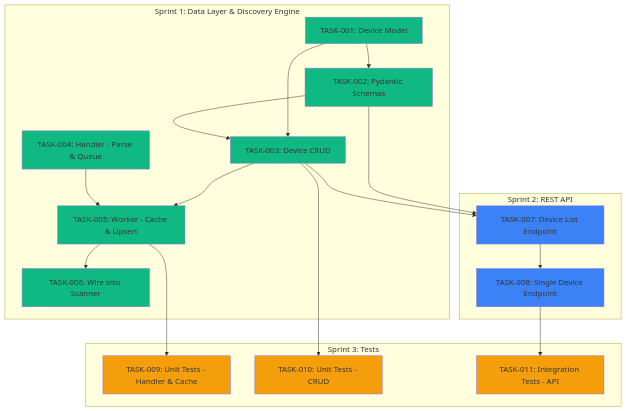
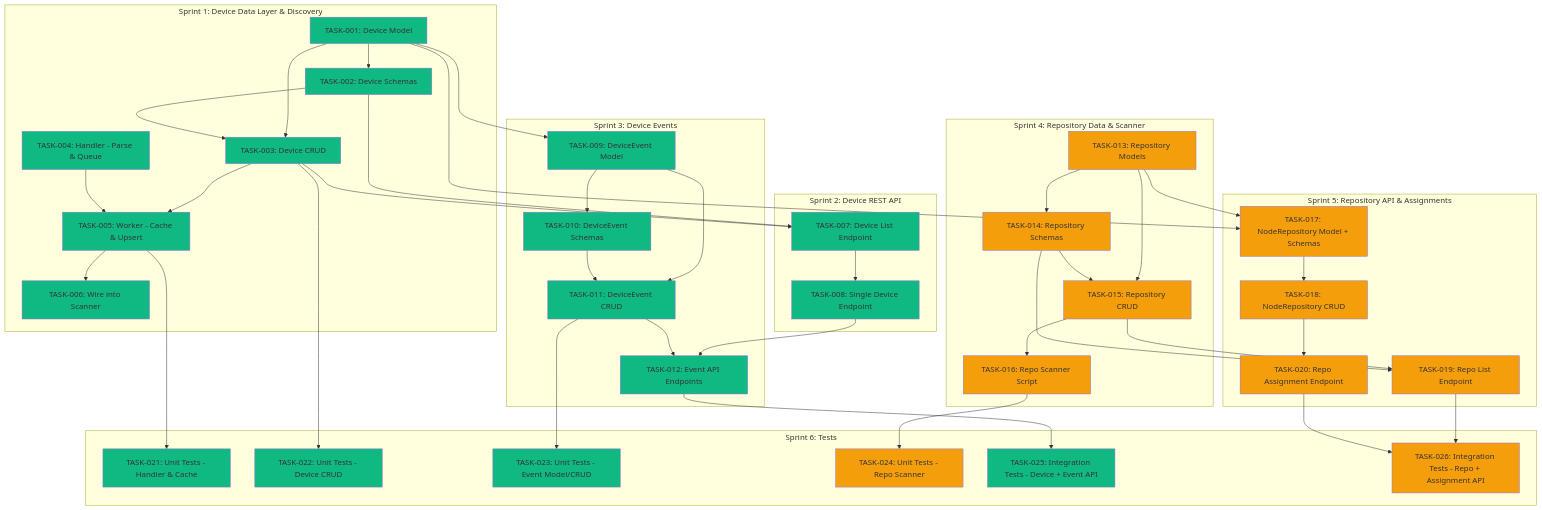
Before and after one commit to bkosciow/node_manager: the diagram in .prodready/plan/dependencies.mmd, drawn with Mermaid. The commit also changed 20 other files, not shown here.

First line of the commit message:
feat: TASK-019, TASK-020 - Repo list and assignment endpoints

```diff
--- a/.prodready/plan/dependencies.mmd
+++ b/.prodready/plan/dependencies.mmd
@@ -1,45 +1,116 @@
 flowchart TD
-    subgraph Sprint1["Sprint 1: Data Layer & Discovery Engine"]
+    subgraph Sprint1["Sprint 1: Device Data Layer & Discovery"]
         T001["TASK-001: Device Model"]
-        T002["TASK-002: Pydantic Schemas"]
+        T002["TASK-002: Device Schemas"]
         T003["TASK-003: Device CRUD"]
         T004["TASK-004: Handler - Parse & Queue"]
         T005["TASK-005: Worker - Cache & Upsert"]
         T006["TASK-006: Wire into Scanner"]
     end
 
-    subgraph Sprint2["Sprint 2: REST API"]
+    subgraph Sprint2["Sprint 2: Device REST API"]
         T007["TASK-007: Device List Endpoint"]
         T008["TASK-008: Single Device Endpoint"]
     end
 
-    subgraph Sprint3["Sprint 3: Tests"]
-        T009["TASK-009: Unit Tests - Handler & Cache"]
-        T010["TASK-010: Unit Tests - CRUD"]
-        T011["TASK-011: Integration Tests - API"]
+    subgraph Sprint3["Sprint 3: Device Events"]
+        T009["TASK-009: DeviceEvent Model"]
+        T010["TASK-010: DeviceEvent Schemas"]
+        T011["TASK-011: DeviceEvent CRUD"]
+        T012["TASK-012: Event API Endpoints"]
     end
 
+    subgraph Sprint4["Sprint 4: Repository Data & Scanner"]
+        T013["TASK-013: Repository Models"]
+        T014["TASK-014: Repository Schemas"]
+        T015["TASK-015: Repository CRUD"]
+        T016["TASK-016: Repo Scanner Script"]
+    end
+
+    subgraph Sprint5["Sprint 5: Repository API & Assignments"]
+        T017["TASK-017: NodeRepository Model + Schemas"]
+        T018["TASK-018: NodeRepository CRUD"]
+        T019["TASK-019: Repo List Endpoint"]
+        T020["TASK-020: Repo Assignment Endpoint"]
+    end
+
+    subgraph Sprint6["Sprint 6: Tests"]
+        T021["TASK-021: Unit Tests - Handler & Cache"]
+        T022["TASK-022: Unit Tests - Device CRUD"]
+        T023["TASK-023: Unit Tests - Event Model/CRUD"]
+        T024["TASK-024: Unit Tests - Repo Scanner"]
+        T025["TASK-025: Integration Tests - Device + Event API"]
+        T026["TASK-026: Integration Tests - Repo + Assignment API"]
+    end
+
+    %% Sprint 1 dependencies
     T001 --> T002
     T001 --> T003
     T002 --> T003
-    T002 --> T007
     T003 --> T005
-    T003 --> T007
-    T003 --> T010
     T004 --> T005
     T005 --> T006
-    T005 --> T009
+
+    %% Sprint 2 dependencies
+    T002 --> T007
+    T003 --> T007
     T007 --> T008
-    T008 --> T011
 
+    %% Sprint 3 dependencies
+    T001 --> T009
+    T009 --> T010
+    T009 --> T011
+    T010 --> T011
+    T008 --> T012
+    T011 --> T012
+
+    %% Sprint 4 dependencies
+    T013 --> T014
+    T013 --> T015
+    T014 --> T015
+    T015 --> T016
+
+    %% Sprint 5 dependencies
+    T001 --> T017
+    T013 --> T017
+    T017 --> T018
+    T015 --> T019
+    T014 --> T019
+    T018 --> T020
+
+    %% Sprint 6 dependencies
+    T005 --> T021
+    T003 --> T022
+    T011 --> T023
+    T016 --> T024
+    T012 --> T025
+    T019 --> T026
+    T020 --> T026
+
+    %% Status colors
     style T001 fill:#10B981
     style T002 fill:#10B981
     style T003 fill:#10B981
     style T004 fill:#10B981
     style T005 fill:#10B981
     style T006 fill:#10B981
-    style T007 fill:#3B82F6
-    style T008 fill:#3B82F6
-    style T009 fill:#F59E0B
-    style T010 fill:#F59E0B
-    style T011 fill:#F59E0B
+    style T007 fill:#10B981
+    style T008 fill:#10B981
+    style T009 fill:#10B981
+    style T010 fill:#10B981
+    style T011 fill:#10B981
+    style T012 fill:#10B981
+    style T021 fill:#10B981
+    style T022 fill:#10B981
+    style T023 fill:#10B981
+    style T025 fill:#10B981
+    style T013 fill:#F59E0B
+    style T014 fill:#F59E0B
+    style T015 fill:#F59E0B
+    style T016 fill:#F59E0B
+    style T017 fill:#F59E0B
+    style T018 fill:#F59E0B
+    style T019 fill:#F59E0B
+    style T020 fill:#F59E0B
+    style T024 fill:#F59E0B
+    style T026 fill:#F59E0B
```
